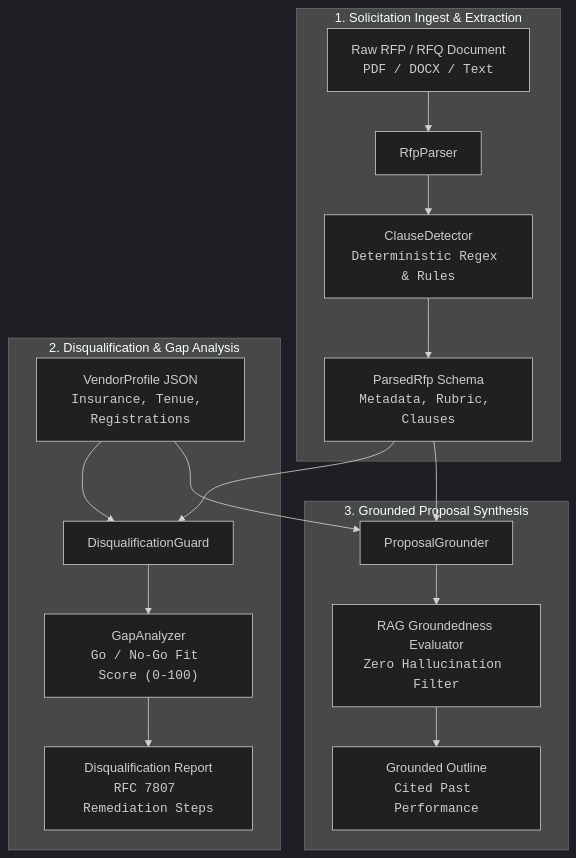
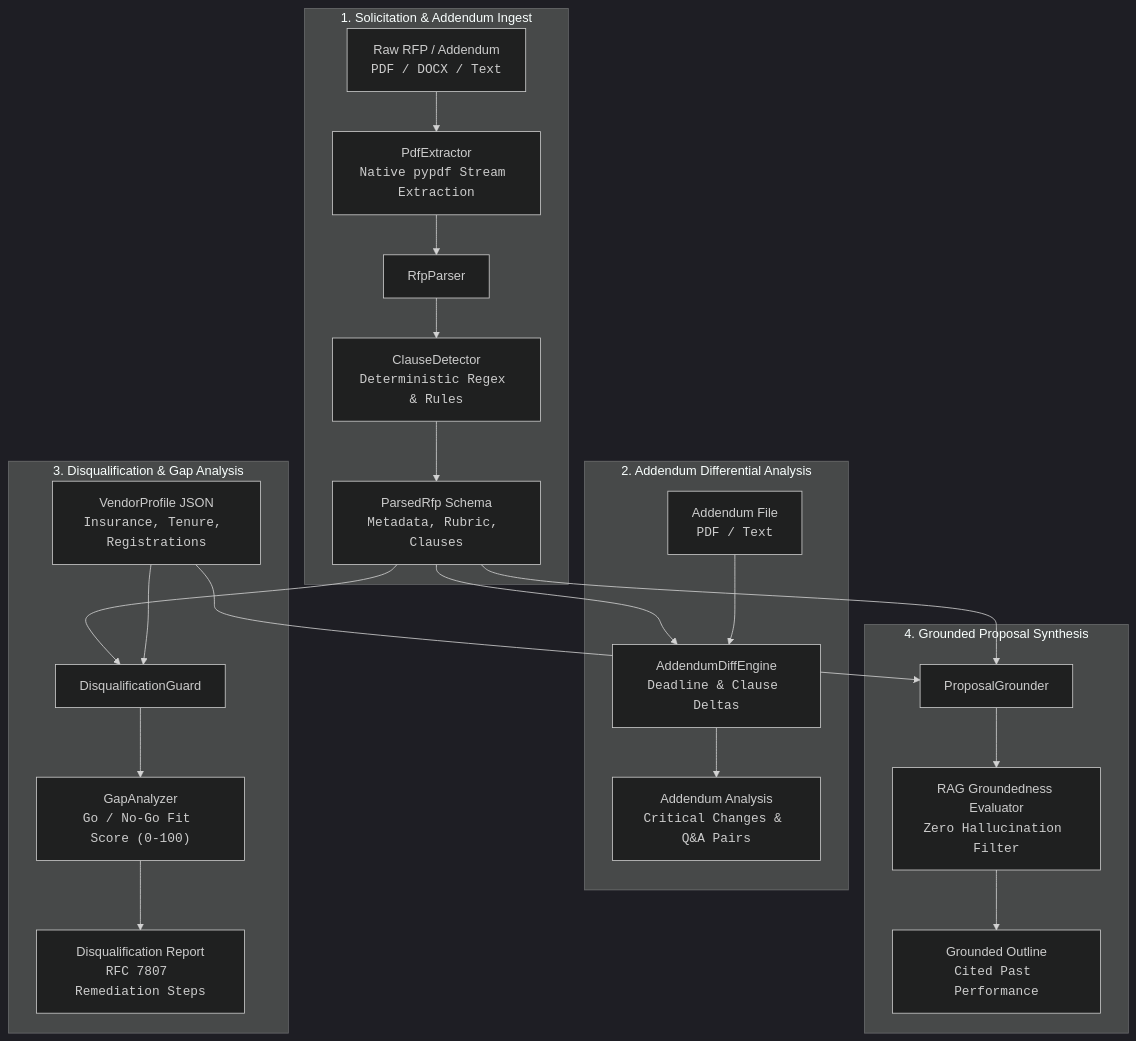
The diagram in README.md (max-subzero/gov-bid-ai), drawn with Mermaid (dark theme) before and after one commit. The commit also changed other lines of this file and 12 other files, not shown here.

Commit message:
feat(engines): add native PDF extraction and addendum differential analysis

````diff
--- a/README.md
+++ b/README.md
@@ -33,22 +33,29 @@
 ```mermaid
 flowchart TD
-    subgraph Ingestion["1. Solicitation Ingest & Extraction"]
-        A["Raw RFP / RFQ Document<br/><code>PDF / DOCX / Text</code>"] --> B["RfpParser"]
+    subgraph Ingestion["1. Solicitation & Addendum Ingest"]
+        A["Raw RFP / Addendum<br/><code>PDF / DOCX / Text</code>"] --> P["PdfExtractor<br/><code>Native pypdf Stream Extraction</code>"]
+        P --> B["RfpParser"]
         B --> C["ClauseDetector<br/><code>Deterministic Regex & Rules</code>"]
         C --> D["ParsedRfp Schema<br/><code>Metadata, Rubric, Clauses</code>"]
     end
 
-    subgraph Defense["2. Disqualification & Gap Analysis"]
+    subgraph Addendum["2. Addendum Differential Analysis"]
+        D --> AD["AddendumDiffEngine<br/><code>Deadline & Clause Deltas</code>"]
+        ADD["Addendum File<br/><code>PDF / Text</code>"] --> AD
+        AD --> AR["Addendum Analysis<br/><code>Critical Changes & Q&A Pairs</code>"]
+    end
+
+    subgraph Defense["3. Disqualification & Gap Analysis"]
         D --> E["DisqualificationGuard"]
-        V["VendorProfile JSON<br/><code>Insurance, Tenue, Registrations</code>"] --> E
+        V["VendorProfile JSON<br/><code>Insurance, Tenure, Registrations</code>"] --> E
         E --> F["GapAnalyzer<br/><code>Go / No-Go Fit Score (0-100)</code>"]
         F --> G["Disqualification Report<br/><code>RFC 7807 Remediation Steps</code>"]
     end
 
-    subgraph Proposal["3. Grounded Proposal Synthesis"]
+    subgraph Proposal["4. Grounded Proposal Synthesis"]
         D --> H["ProposalGrounder"]
         V --> H
         H --> I["RAG Groundedness Evaluator<br/><code>Zero Hallucination Filter</code>"]
         I --> J["Grounded Outline<br/><code>Cited Past Performance</code>"]
     end
 ```
````
